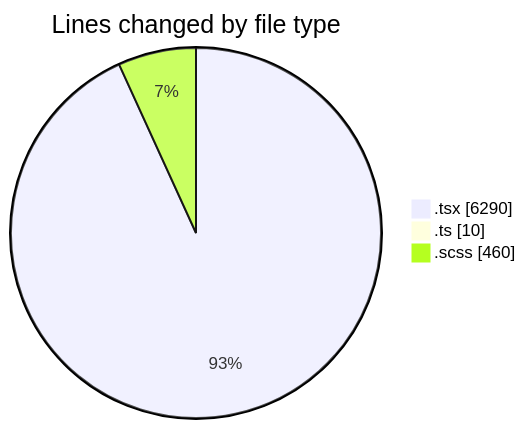
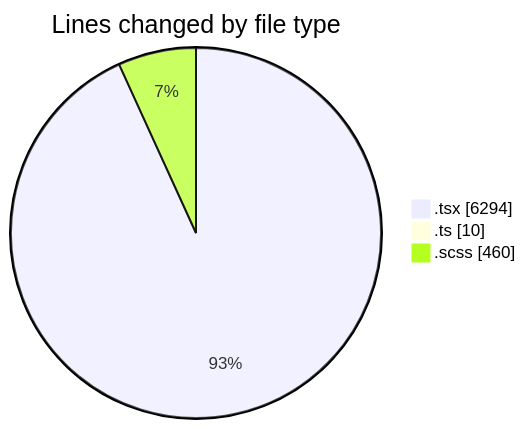
The first of 2 diagrams in 2025-11-17/cda/README.md (momahboobian/code-tracking), drawn with Mermaid before and after one commit. The commit also changed other lines of this file and 1 other file, not shown here.

````diff
--- a/2025-11-17/cda/README.md
+++ b/2025-11-17/cda/README.md
@@ -31,7 +31,7 @@
 ```mermaid
 pie showData
 title Lines changed by file type
-".tsx" : 6290
+".tsx" : 6294
 ".ts" : 10
 ".scss" : 460
 ```
````
